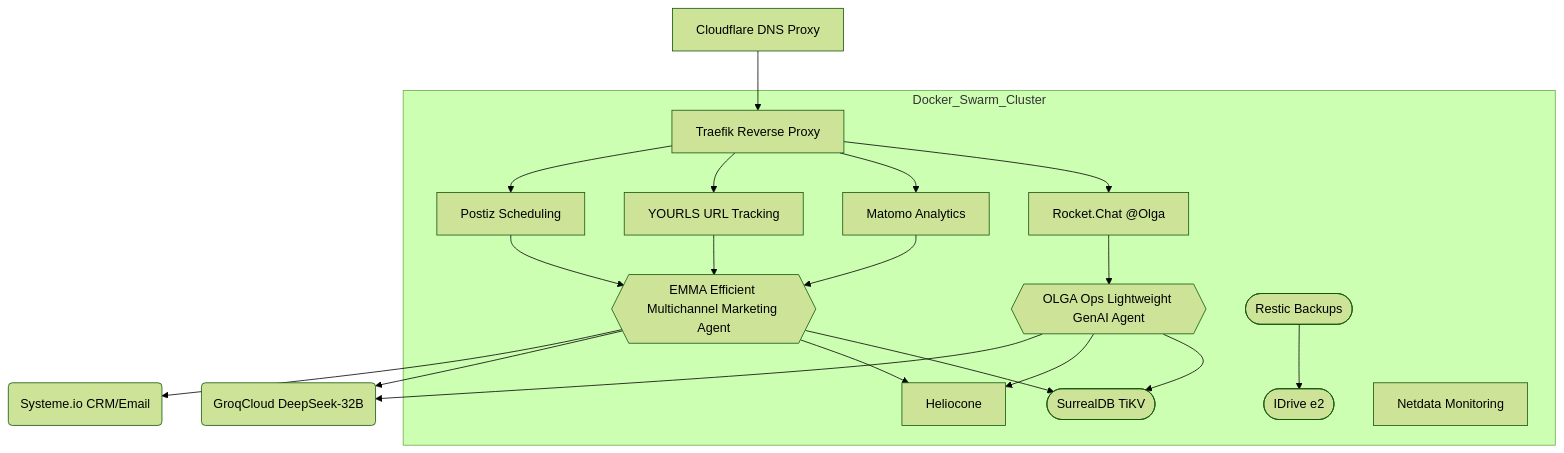
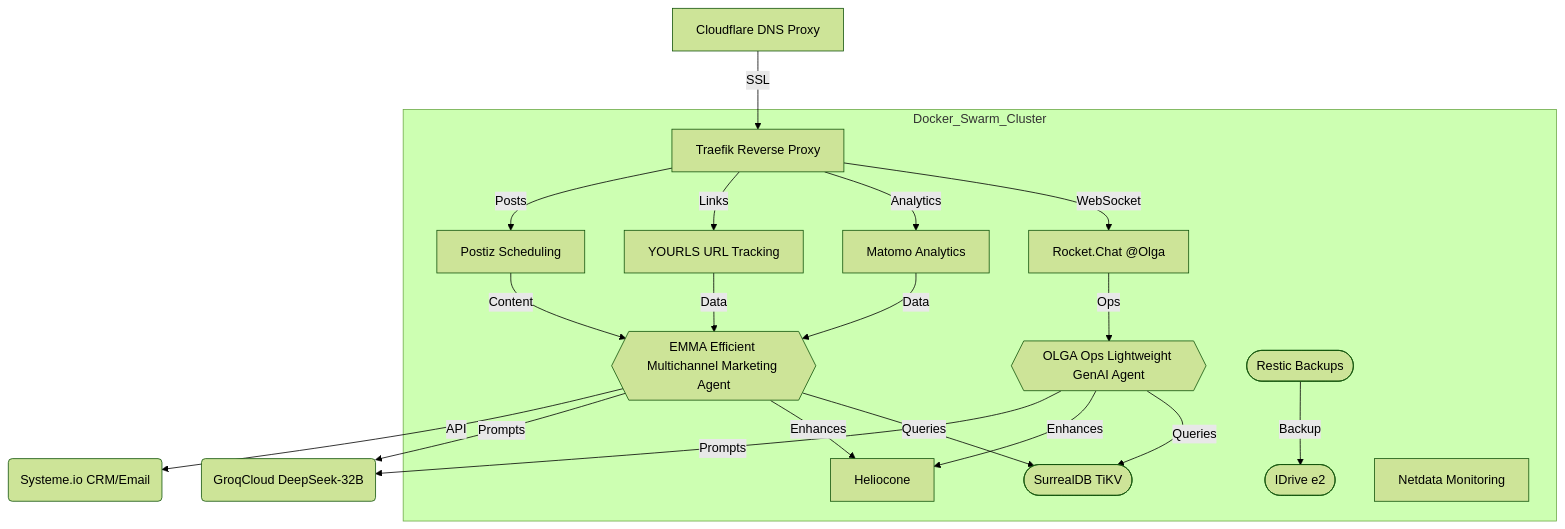
One commit to deepbrainspace/deepbrain-stack changed the third of 4 diagrams in projects/bnb/v6-b.md. Above: the diagram before and after it, drawn with Mermaid (forest theme). The commit also changed other lines of this file, not shown here.

````diff
--- a/projects/bnb/v6-b.md
+++ b/projects/bnb/v6-b.md
@@ -67,23 +69,23 @@
 ```mermaid
 flowchart TD
-    U[Cloudflare DNS Proxy] --> E[Traefik Reverse Proxy]
+    U[Cloudflare DNS Proxy] -->|SSL| E[Traefik Reverse Proxy]
     subgraph Docker_Swarm_Cluster
-        E --> A[Rocket.Chat @Olga]
-        A --> B{{OLGA Ops Lightweight GenAI Agent}}
-        B --> C([SurrealDB TiKV])
-        E --> G[Matomo Analytics]
-        E --> I[YOURLS URL Tracking]
-        E --> J[Postiz Scheduling]
-        G --> H{{EMMA Efficient Multichannel Marketing Agent}}
-        I --> H
-        J --> H
-        H --> C
-        B --> F[Heliocone]
-        H --> F
-        R([Restic Backups]) --> K([IDrive e2])
+        E -->|WebSocket| A[Rocket.Chat @Olga]
+        A -->|Ops| B{{OLGA Ops Lightweight GenAI Agent}}
+        B -->|Queries| C([SurrealDB TiKV])
+        E -->|Analytics| G[Matomo Analytics]
+        E -->|Links| I[YOURLS URL Tracking]
+        E -->|Posts| J[Postiz Scheduling]
+        G -->|Data| H{{EMMA Efficient Multichannel Marketing Agent}}
+        I -->|Data| H
+        J -->|Content| H
+        H -->|Queries| C
+        B -->|Enhances| F[Heliocone]
+        H -->|Enhances| F
+        R([Restic Backups]) -->|Backup| K([IDrive e2])
         S[Netdata Monitoring]
     end
-    B --> T(GroqCloud DeepSeek-32B)
-    H --> T
-    H --> V(Systeme.io CRM/Email)
+    B -->|Prompts| T(GroqCloud DeepSeek-32B)
+    H -->|Prompts| T
+    H -->|API| V(Systeme.io CRM/Email)
 ```
````
